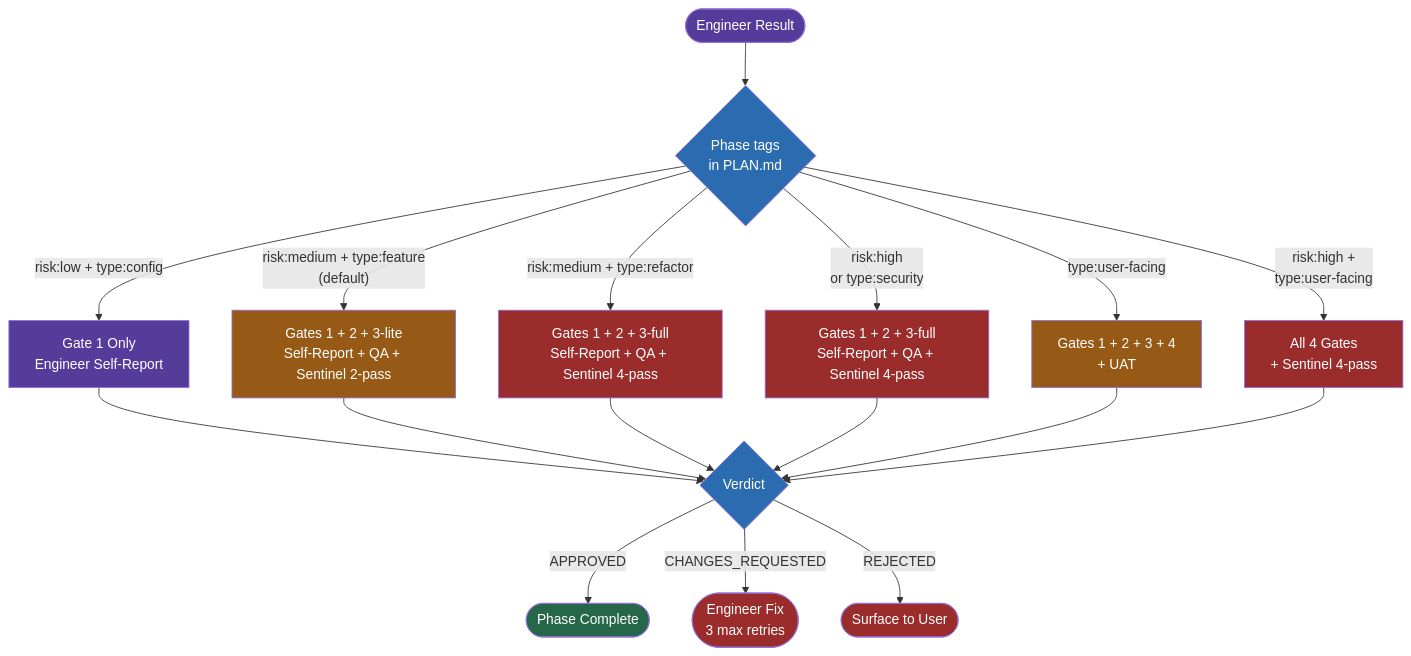
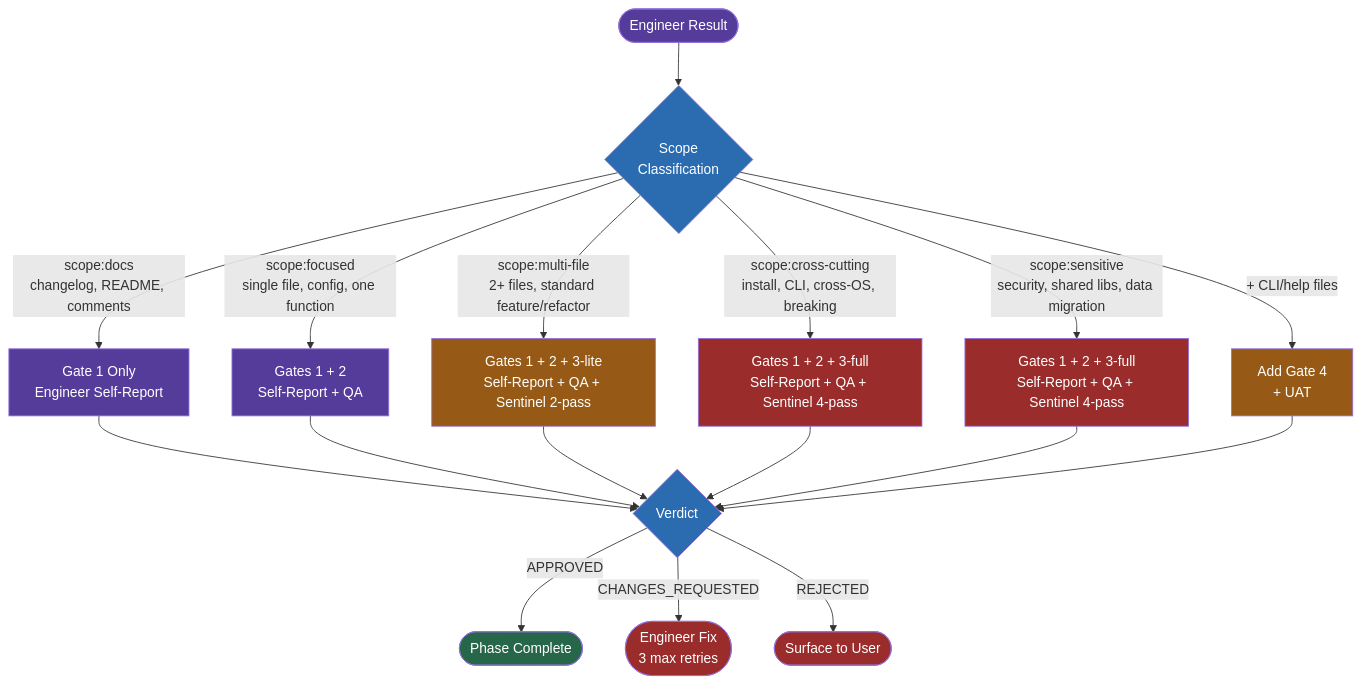
Before and after one commit to rfxn/rdf: the fourth of 10 diagrams in reference/diagrams.md, drawn with Mermaid. The commit also changed other lines of this file and 3 other files, not shown here.

First line of the commit message:
Update documentation for scope classification and qualifier vocabulary

````diff
--- a/reference/diagrams.md
+++ b/reference/diagrams.md
@@ -184,37 +197,37 @@
 ```mermaid
 flowchart TD
-    Result([Engineer Result]) --> Tags{Phase tags\nin PLAN.md}
+    Result([Engineer Result]) --> Scope{Scope\nClassification}
 
-    Tags -->|"risk:low + type:config"| G1Only[Gate 1 Only\nEngineer Self-Report]
-    Tags -->|"risk:medium + type:feature\n(default)"| G1G2G3L[Gates 1 + 2 + 3-lite\nSelf-Report + QA + Sentinel 2-pass]
-    Tags -->|"risk:medium + type:refactor"| G1G2G3F[Gates 1 + 2 + 3-full\nSelf-Report + QA + Sentinel 4-pass]
-    Tags -->|"risk:high\nor type:security"| G1G2G3H[Gates 1 + 2 + 3-full\nSelf-Report + QA + Sentinel 4-pass]
-    Tags -->|"type:user-facing"| G1G2G3U[Gates 1 + 2 + 3 + 4\n+ UAT]
-    Tags -->|"risk:high +\ntype:user-facing"| AllGates[All 4 Gates\n+ Sentinel 4-pass]
+    Scope -->|"scope:docs\nchangelog, README, comments"| G1Only[Gate 1 Only\nEngineer Self-Report]
+    Scope -->|"scope:focused\nsingle file, config, one function"| G1G2[Gates 1 + 2\nSelf-Report + QA]
+    Scope -->|"scope:multi-file\n2+ files, standard feature/refactor"| G1G2G3L[Gates 1 + 2 + 3-lite\nSelf-Report + QA + Sentinel 2-pass]
+    Scope -->|"scope:cross-cutting\ninstall, CLI, cross-OS, breaking"| G1G2G3F[Gates 1 + 2 + 3-full\nSelf-Report + QA + Sentinel 4-pass]
+    Scope -->|"scope:sensitive\nsecurity, shared libs, data migration"| G1G2G3S[Gates 1 + 2 + 3-full\nSelf-Report + QA + Sentinel 4-pass]
+    Scope -->|"+ CLI/help files"| G4[Add Gate 4\n+ UAT]
 
     G1Only --> Verdict
+    G1G2 --> Verdict
     G1G2G3L --> Verdict
     G1G2G3F --> Verdict
-    G1G2G3H --> Verdict
-    G1G2G3U --> Verdict
-    AllGates --> Verdict
+    G1G2G3S --> Verdict
+    G4 --> Verdict
 
     Verdict{Verdict}
 
     Verdict -->|APPROVED| Complete([Phase Complete])
     Verdict -->|CHANGES_REQUESTED| Fix([Engineer Fix\n3 max retries])
     Verdict -->|REJECTED| Blocked([Surface to User])
 
     style Result fill:#553c9a,color:#fff
-    style Tags fill:#2b6cb0,color:#fff
+    style Scope fill:#2b6cb0,color:#fff
     style G1Only fill:#553c9a,color:#fff
+    style G1G2 fill:#553c9a,color:#fff
     style G1G2G3L fill:#975a16,color:#fff
     style G1G2G3F fill:#9b2c2c,color:#fff
-    style G1G2G3H fill:#9b2c2c,color:#fff
-    style G1G2G3U fill:#975a16,color:#fff
-    style AllGates fill:#9b2c2c,color:#fff
+    style G1G2G3S fill:#9b2c2c,color:#fff
+    style G4 fill:#975a16,color:#fff
     style Complete fill:#276749,color:#fff
     style Fix fill:#9b2c2c,color:#fff
     style Blocked fill:#9b2c2c,color:#fff
     style Verdict fill:#2b6cb0,color:#fff
 ```
````
